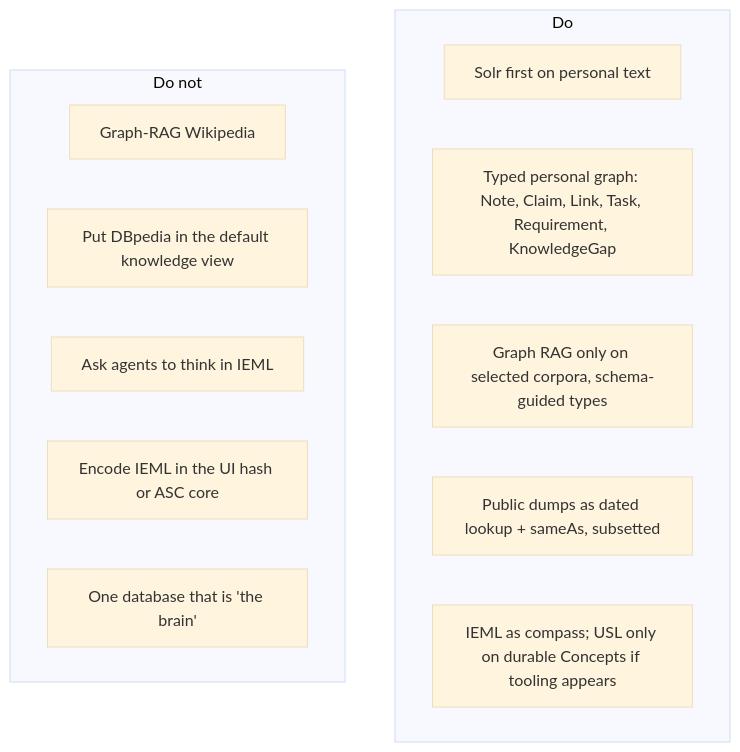
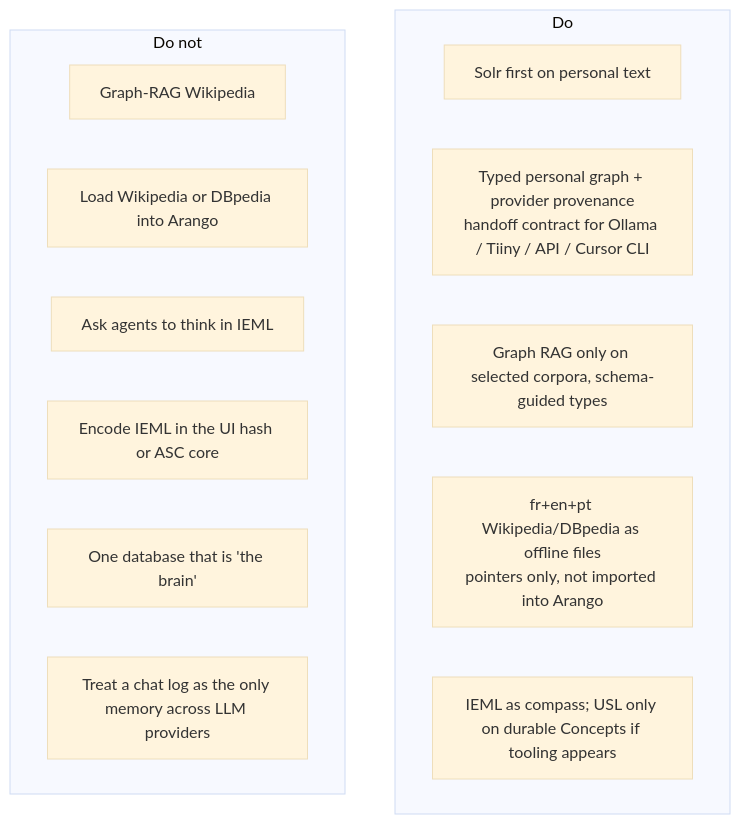
One commit to Paulmicha/projet-complexe-asc changed diagram 13 of 13 in data/ideas/2026/08/18-graph-rag-wikipedia-db-pedia-ieml.md. Above: the diagram before and after it, drawn with Mermaid (base theme). The commit also changed other lines of this file and 1 other file, not shown here.

````diff
--- a/data/ideas/2026/08/18-graph-rag-wikipedia-db-pedia-ieml.md
+++ b/data/ideas/2026/08/18-graph-rag-wikipedia-db-pedia-ieml.md
@@ -839,18 +940,19 @@
 ```mermaid
 flowchart TB
   subgraph do["Do"]
     D1["Solr first on personal text"]
-    D2["Typed personal graph: Note, Claim, Link, Task, Requirement, KnowledgeGap"]
+    D2["Typed personal graph + provider provenance<br/>handoff contract for Ollama / Tiiny / API / Cursor CLI"]
     D3["Graph RAG only on selected corpora, schema-guided types"]
-    D4["Public dumps as dated lookup + sameAs, subsetted"]
+    D4["fr+en+pt Wikipedia/DBpedia as offline files<br/>pointers only, not imported into Arango"]
     D5["IEML as compass; USL only on durable Concepts if tooling appears"]
   end
 
   subgraph dont["Do not"]
     N1["Graph-RAG Wikipedia"]
-    N2["Put DBpedia in the default knowledge view"]
+    N2["Load Wikipedia or DBpedia into Arango"]
     N3["Ask agents to think in IEML"]
     N4["Encode IEML in the UI hash or ASC core"]
     N5["One database that is 'the brain'"]
+    N6["Treat a chat log as the only memory across LLM providers"]
   end
 ```
````
